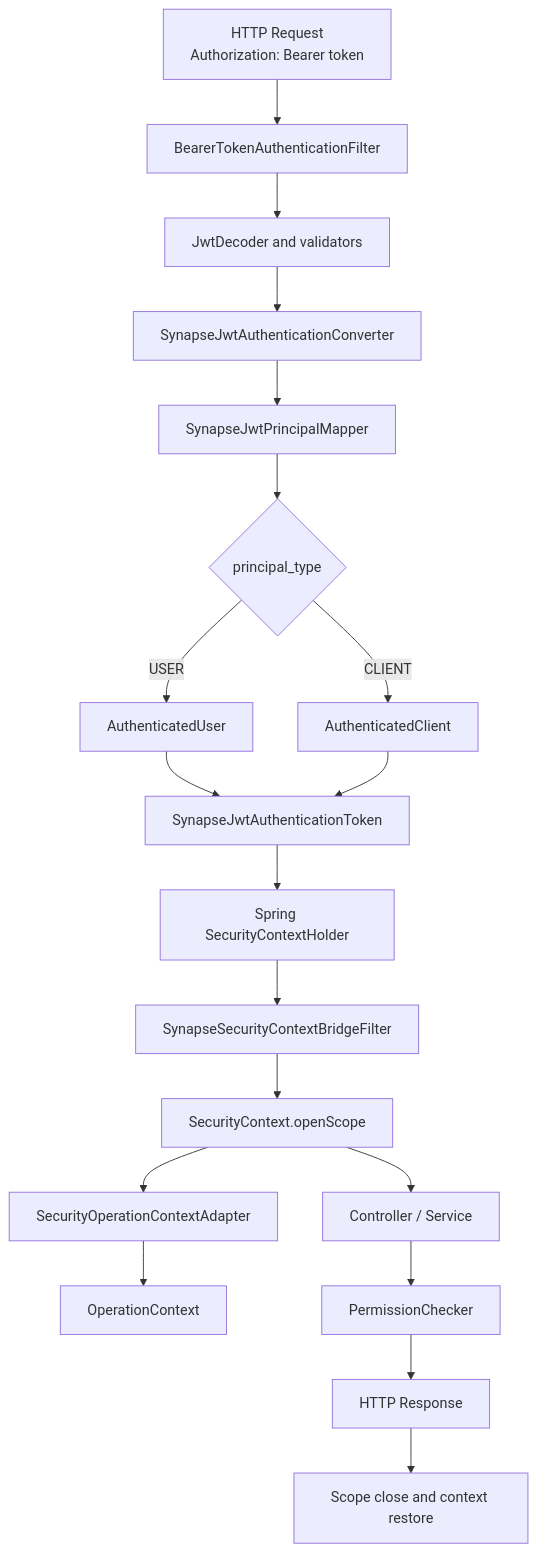
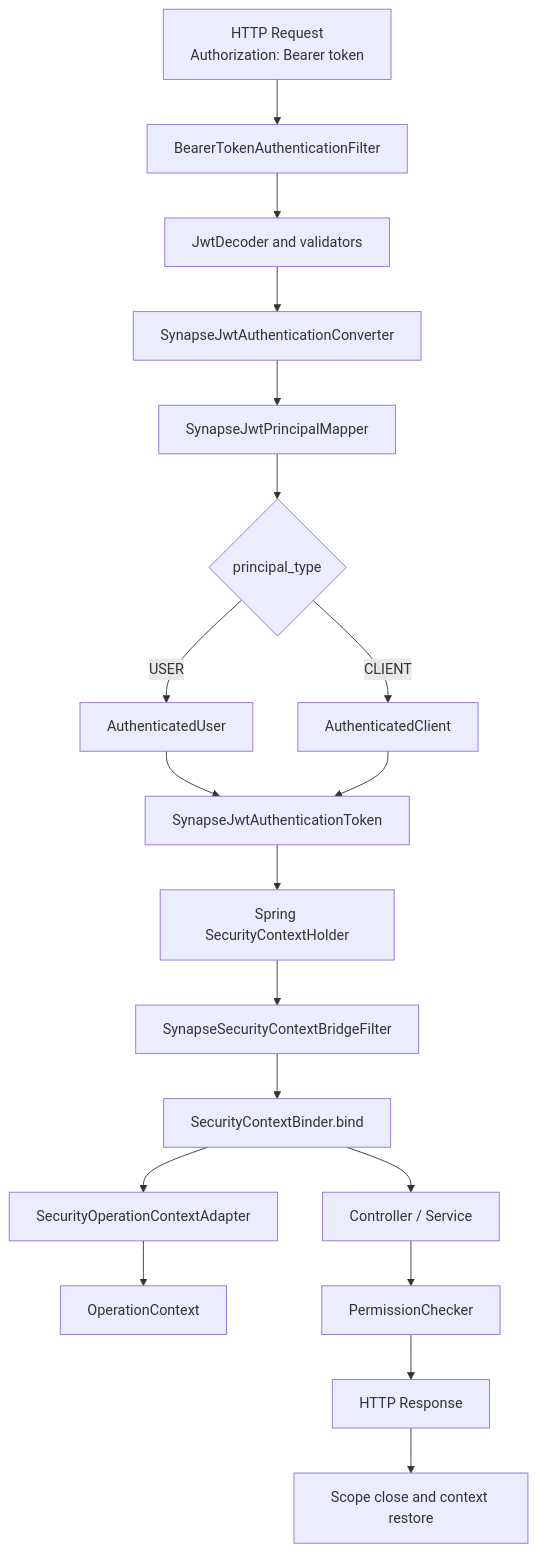
One commit to Chris-co-shi/synapse-framework changed the diagram in docs/learning/02-security-oauth2-request-flow.md. Above: the diagram before and after it, drawn with Mermaid. The commit also changed other lines of this file and 21 other files, not shown here.

Commit message:
refactor(security): restrict security context lifecycle to internal binder

````diff
--- a/docs/learning/02-security-oauth2-request-flow.md
+++ b/docs/learning/02-security-oauth2-request-flow.md
@@ -38,21 +38,21 @@
 ```mermaid
 flowchart TD
     A[HTTP Request<br/>Authorization: Bearer token] --> B[BearerTokenAuthenticationFilter]
     B --> C[JwtDecoder and validators]
     C --> D[SynapseJwtAuthenticationConverter]
     D --> E[SynapseJwtPrincipalMapper]
     E --> F{principal_type}
     F -->|USER| G[AuthenticatedUser]
     F -->|CLIENT| H[AuthenticatedClient]
     G --> I[SynapseJwtAuthenticationToken]
     H --> I
     I --> J[Spring SecurityContextHolder]
     J --> K[SynapseSecurityContextBridgeFilter]
-    K --> L[SecurityContext.openScope]
+    K --> L[SecurityContextBinder.bind]
     L --> M[SecurityOperationContextAdapter]
     M --> N[OperationContext]
     L --> O[Controller / Service]
     O --> P[PermissionChecker]
     P --> Q[HTTP Response]
     Q --> R[Scope close and context restore]
 ```
````
